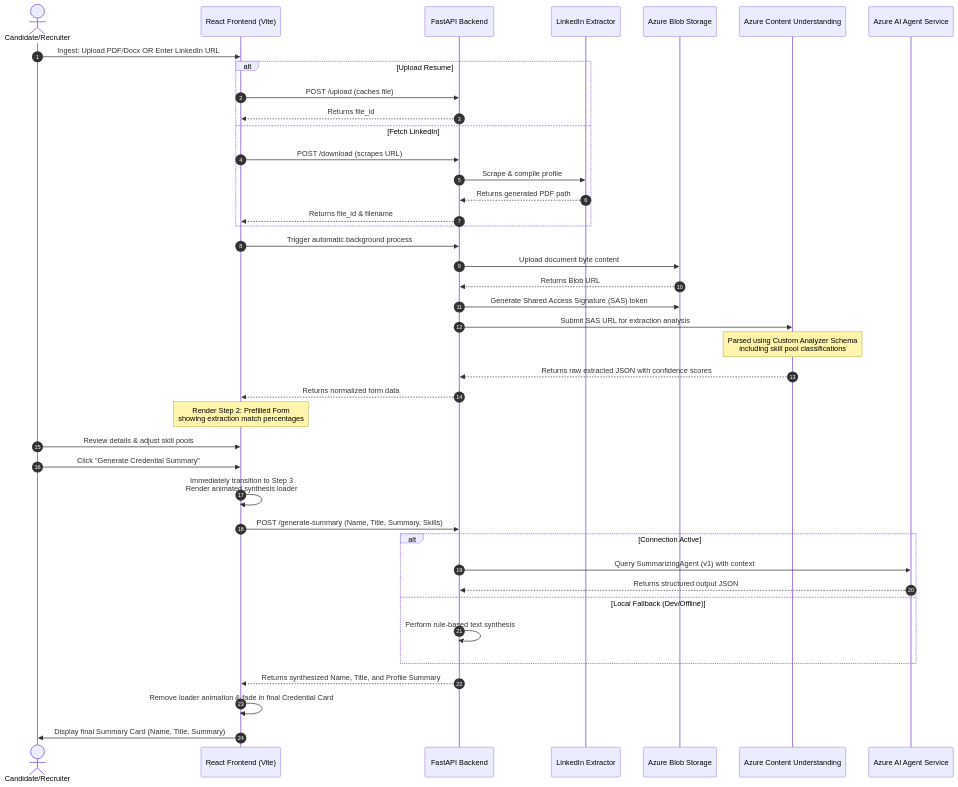
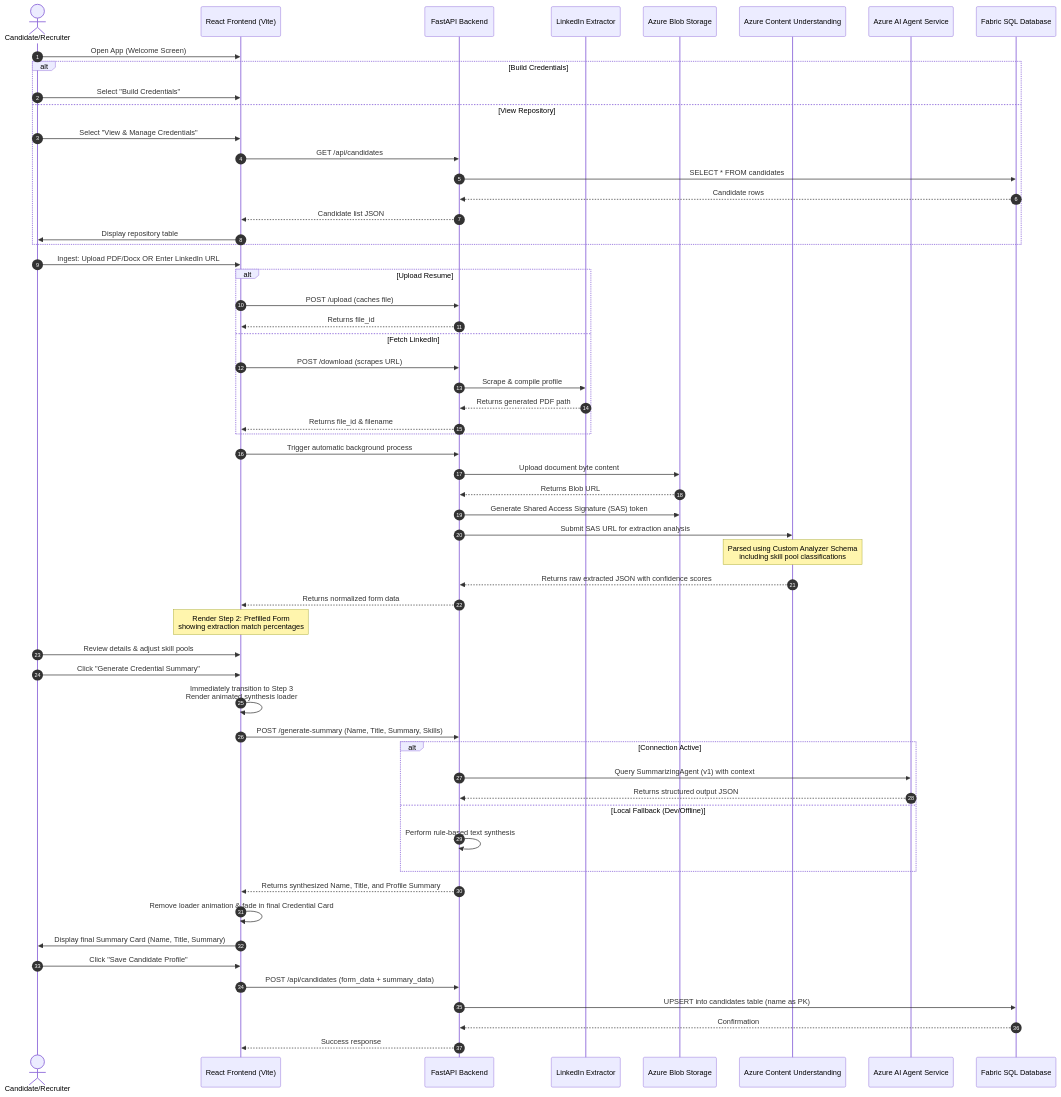
One commit to BhuvanPS/credentialBuilder changed the diagram in README.md. Above: the diagram before and after it, drawn with Mermaid. The commit also changed other lines of this file and 22 other files, not shown here.

````diff
--- a/README.md
+++ b/README.md
@@ -11,51 +11,72 @@
 ```mermaid
 sequenceDiagram
     autonumber
     actor User as Candidate/Recruiter
     participant FE as React Frontend (Vite)
     participant BE as FastAPI Backend
     participant LI as LinkedIn Extractor
     participant AZ_Blob as Azure Blob Storage
     participant AZ_CU as Azure Content Understanding
     participant AZ_AI as Azure AI Agent Service
+    participant DB as Fabric SQL Database
+
+    %% Landing Screen
+    User->>FE: Open App (Welcome Screen)
+    alt Build Credentials
+        User->>FE: Select "Build Credentials"
+    else View Repository
+        User->>FE: Select "View & Manage Credentials"
+        FE->>BE: GET /api/candidates
+        BE->>DB: SELECT * FROM candidates
+        DB-->>BE: Candidate rows
+        BE-->>FE: Candidate list JSON
+        FE->>User: Display repository table
+    end
 
     %% Ingestion
     User->>FE: Ingest: Upload PDF/Docx OR Enter LinkedIn URL
     alt Upload Resume
         FE->>BE: POST /upload (caches file)
         BE-->>FE: Returns file_id
     else Fetch LinkedIn
         FE->>BE: POST /download (scrapes URL)
         BE->>LI: Scrape & compile profile
         LI-->>BE: Returns generated PDF path
         BE-->>FE: Returns file_id & filename
     end
 
     %% Storage & Content Parsing
     FE->>BE: Trigger automatic background process
     BE->>AZ_Blob: Upload document byte content
     AZ_Blob-->>BE: Returns Blob URL
     BE->>AZ_Blob: Generate Shared Access Signature (SAS) token
     BE->>AZ_CU: Submit SAS URL for extraction analysis
     Note over AZ_CU: Parsed using Custom Analyzer Schema<br/>including skill pool classifications
     AZ_CU-->>BE: Returns raw extracted JSON with confidence scores
     BE-->>FE: Returns normalized form data
 
     %% Editing
     Note over FE: Render Step 2: Prefilled Form<br/>showing extraction match percentages
     User->>FE: Review details & adjust skill pools
     User->>FE: Click "Generate Credential Summary"
 
     %% Synthesis
     FE->>FE: Immediately transition to Step 3<br/>Render animated synthesis loader
     FE->>BE: POST /generate-summary (Name, Title, Summary, Skills)
     alt Connection Active
         BE->>AZ_AI: Query SummarizingAgent (v1) with context
         AZ_AI-->>BE: Returns structured output JSON
     else Local Fallback (Dev/Offline)
         BE->>BE: Perform rule-based text synthesis
     end
     BE-->>FE: Returns synthesized Name, Title, and Profile Summary
     FE->>FE: Remove loader animation & fade in final Credential Card
     FE->>User: Display final Summary Card (Name, Title, Summary)
+
+    %% Persistence
+    User->>FE: Click "Save Candidate Profile"
+    FE->>BE: POST /api/candidates (form_data + summary_data)
+    BE->>DB: UPSERT into candidates table (name as PK)
+    DB-->>BE: Confirmation
+    BE-->>FE: Success response
 ```
````
